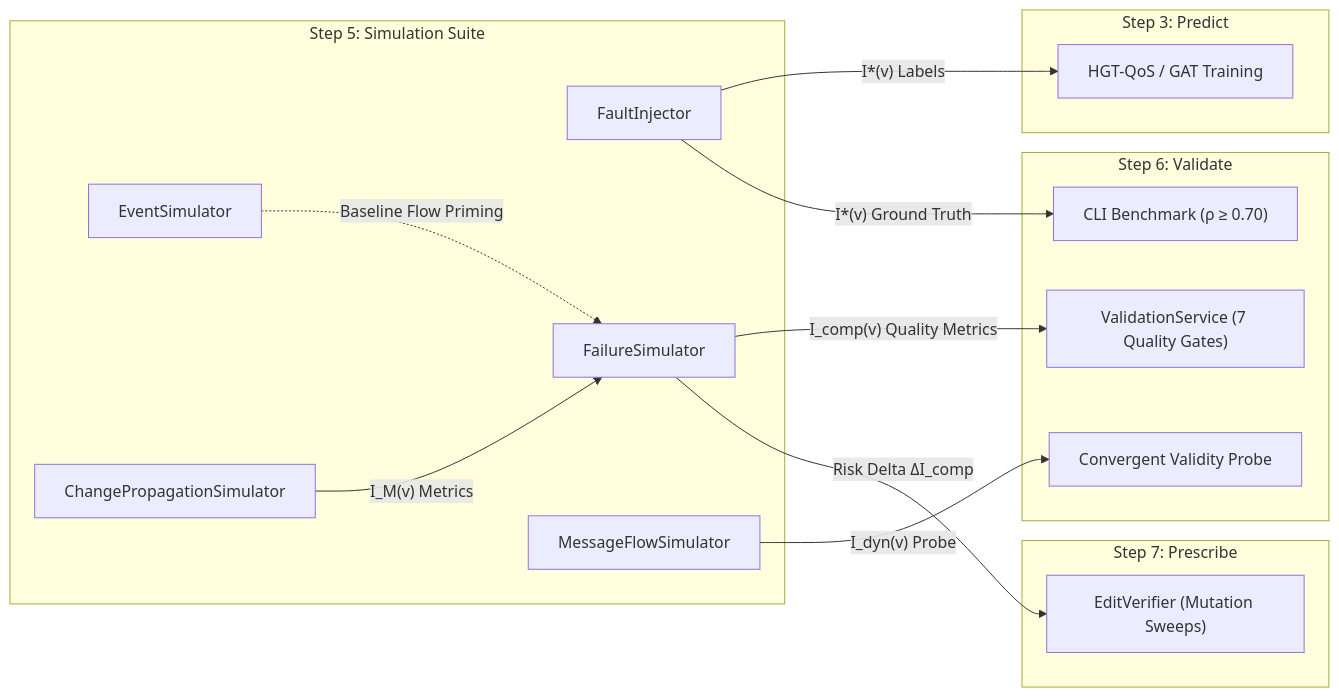
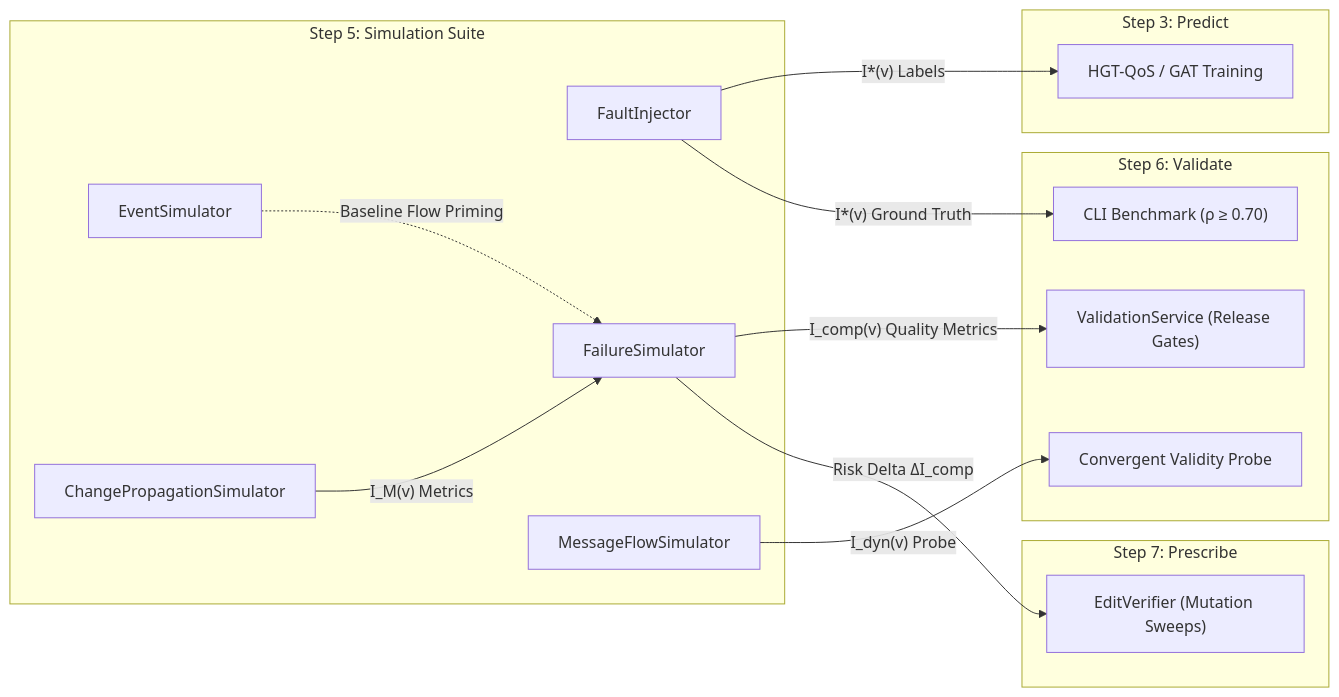
One commit to onuralpyigit/software-as-a-graph changed the third of 8 diagrams in docs/failure-simulation.md. Above: the diagram before and after it, drawn with Mermaid. The commit also changed other lines of this file, not shown here.

````diff
--- a/docs/failure-simulation.md
+++ b/docs/failure-simulation.md
@@ -215,32 +243,32 @@
 ```mermaid
 flowchart LR
     subgraph Step5["Step 5: Simulation Suite"]
         FI["FaultInjector"]
         FS["FailureSimulator"]
         ES["EventSimulator"]
         MFS["MessageFlowSimulator"]
         CPS["ChangePropagationSimulator"]
     end
 
     subgraph Step3["Step 3: Predict"]
         HGT["HGT-QoS / GAT Training"]
     end
 
     subgraph Step6["Step 6: Validate"]
         VAL_CLI["CLI Benchmark (ρ ≥ 0.70)"]
-        VAL_LIB["ValidationService (7 Quality Gates)"]
+        VAL_LIB["ValidationService (Release Gates)"]
         CONV["Convergent Validity Probe"]
     end
 
     subgraph Step7["Step 7: Prescribe"]
         EV["EditVerifier (Mutation Sweeps)"]
     end
 
     FI -->|"I*(v) Labels"| HGT
     FI -->|"I*(v) Ground Truth"| VAL_CLI
     ES -.->|"Baseline Flow Priming"| FS
     FS -->|"I_comp(v) Quality Metrics"| VAL_LIB
     FS -->|"Risk Delta ΔI_comp"| EV
     MFS -->|"I_dyn(v) Probe"| CONV
     CPS -->|"I_M(v) Metrics"| FS
 ```
````
